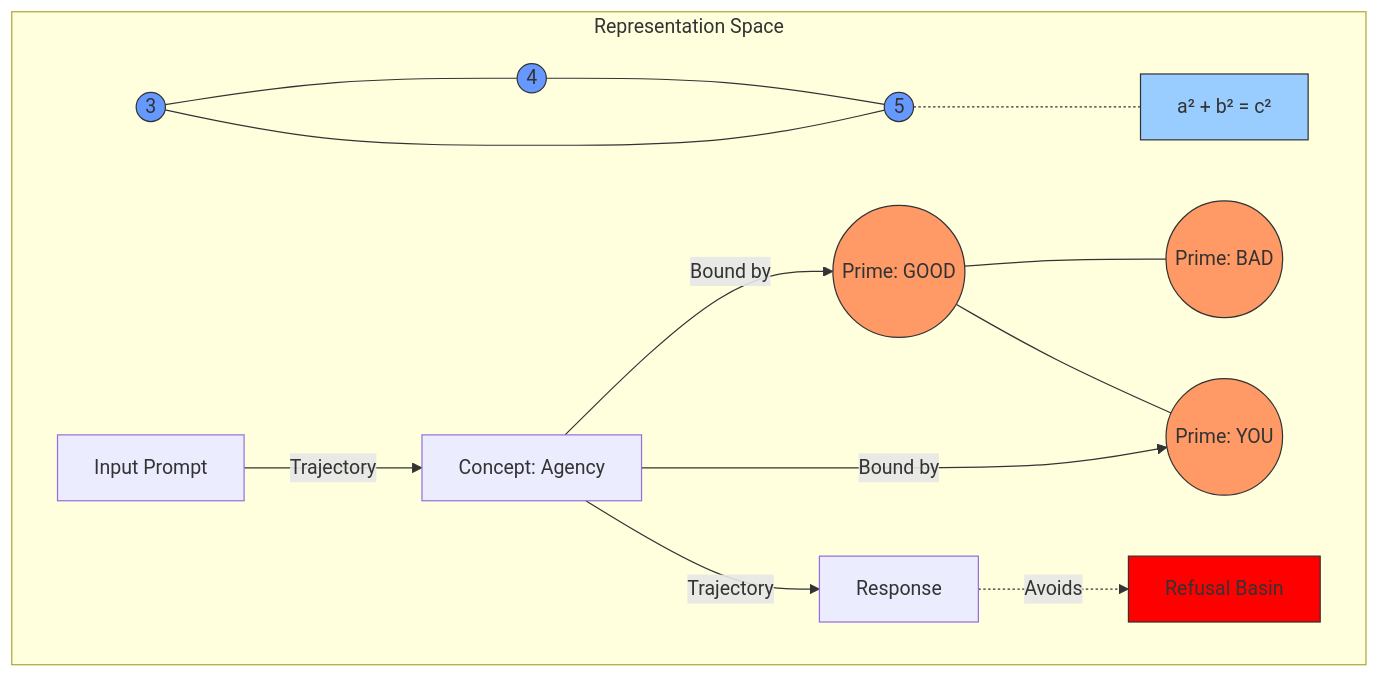
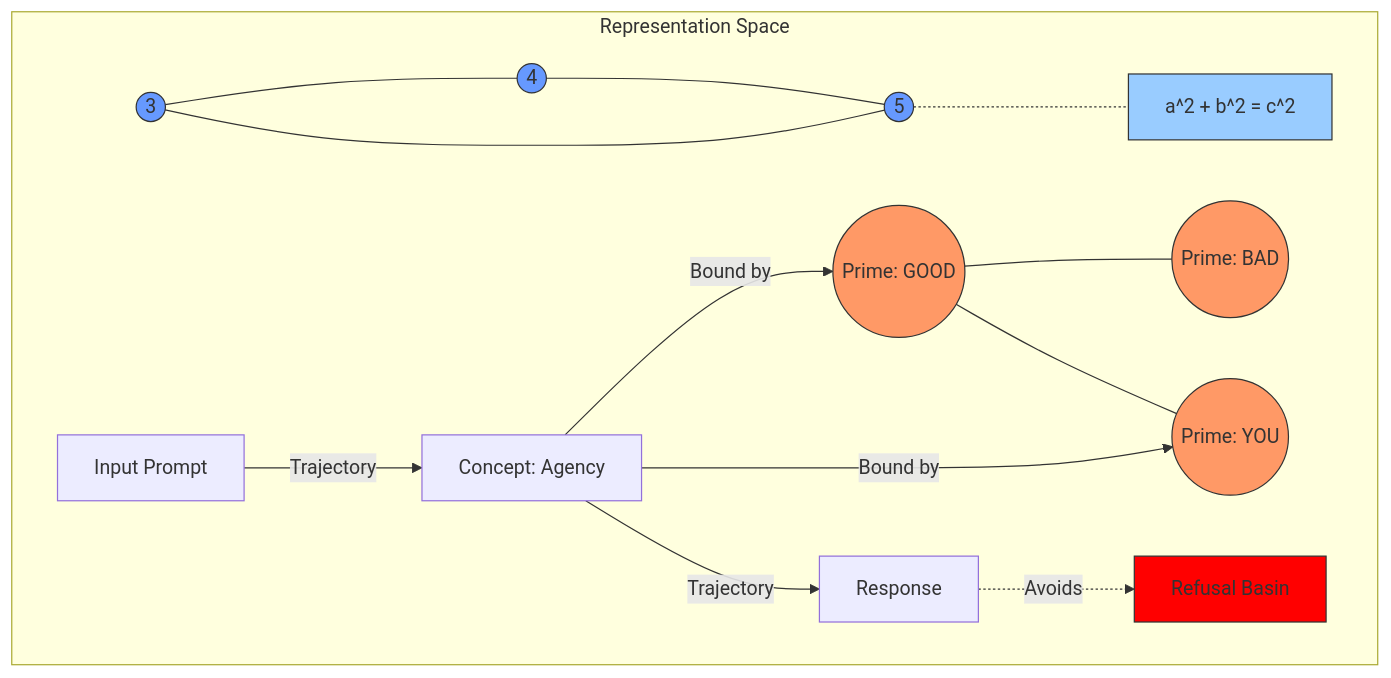
Before and after one commit to Ethyros-AI/ModelCypher: the diagram in papers/paper-0-the-shape-of-knowledge.md, drawn with Mermaid. The commit also changed other lines of this file and 4 other files, not shown here.

````diff
--- a/papers/paper-0-the-shape-of-knowledge.md
+++ b/papers/paper-0-the-shape-of-knowledge.md
@@ -19,29 +21,29 @@
 ```mermaid
 graph TD
     subgraph "Representation Space"
         P1((Prime: GOOD)) --- P2((Prime: BAD))
         P1 --- P3((Prime: YOU))
 
         Concept[Concept: Agency] -- Bound by --> P1
         Concept -- Bound by --> P3
 
         N3((3)) --- N4((4))
         N4 --- N5((5))
         N3 --- N5
-        N5 -.- Constraint[a² + b² = c²]
+        N5 -.- Constraint[a^2 + b^2 = c^2]
 
         Start[Input Prompt] -->|Trajectory| Concept
         Concept -->|Trajectory| Output[Response]
 
         Refusal[Refusal Basin]
         Output -.->|Avoids| Refusal
     end
     style P1 fill:#f96,stroke:#333
     style P2 fill:#f96,stroke:#333
     style P3 fill:#f96,stroke:#333
     style N3 fill:#69f,stroke:#333
     style N4 fill:#69f,stroke:#333
     style N5 fill:#69f,stroke:#333
     style Constraint fill:#9cf,stroke:#333
     style Refusal fill:#f00,stroke:#333
 ```
````
